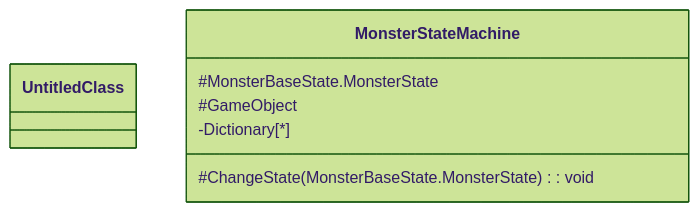
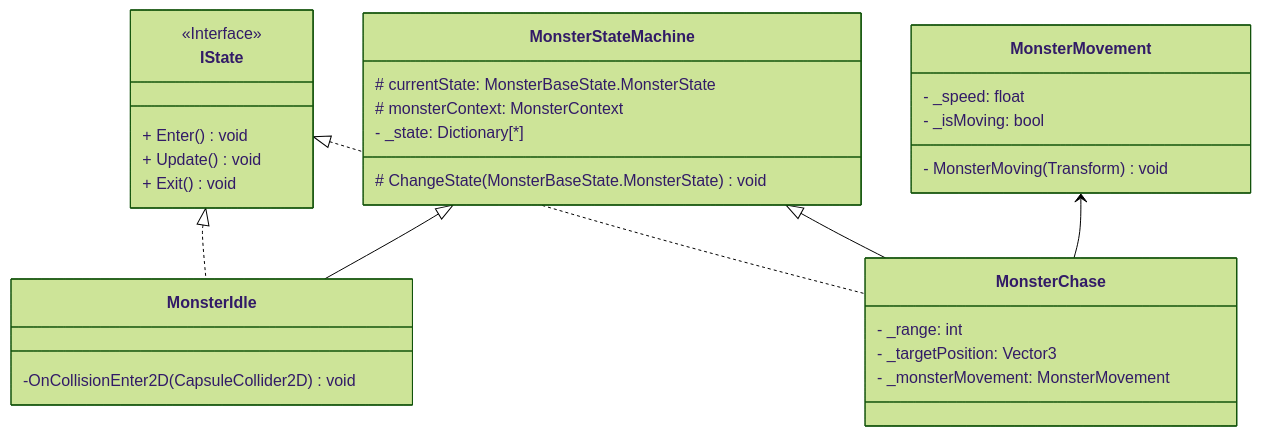
The diagram in README.md (moonshine1004/MyProject), drawn with Mermaid (forest theme) before and after one commit.

````diff
--- a/README.md
+++ b/README.md
@@ -24,14 +24,40 @@
 ```mermaid
 classDiagram
-    class UntitledClass {
+direction TB
+    class MonsterStateMachine {
+	    # currentState: MonsterBaseState.MonsterState
+	    # monsterContext: MonsterContext
+	    - _state: Dictionary[*]
+	    # ChangeState(MonsterBaseState.MonsterState) void
     }
 
-    class MonsterStateMachine {
-	    #MonsterBaseState.MonsterState
-	    #GameObject
-	    -Dictionary[*]
-	    #ChangeState(MonsterBaseState.MonsterState) : void
+    class MonsterIdle {
+	    -OnCollisionEnter2D(CapsuleCollider2D) void
     }
 
+    class MonsterChase {
+	    - _range: int
+	    - _targetPosition: Vector3
+	    - _monsterMovement: MonsterMovement
+    }
 
+    class IState {
+	    + Enter() void
+	    + Update() void
+	    + Exit() void
+    }
+
+    class MonsterMovement {
+	    - _speed: float
+	    - _isMoving: bool
+	    - MonsterMoving(Transform) void
+    }
+
+	<<Interface>> IState
+
+    IState <|.. MonsterIdle
+    IState <|.. MonsterChase
+    MonsterStateMachine  <|--  MonsterIdle
+    MonsterStateMachine <|-- MonsterChase
+    MonsterMovement <-- MonsterChase
 ```
````
